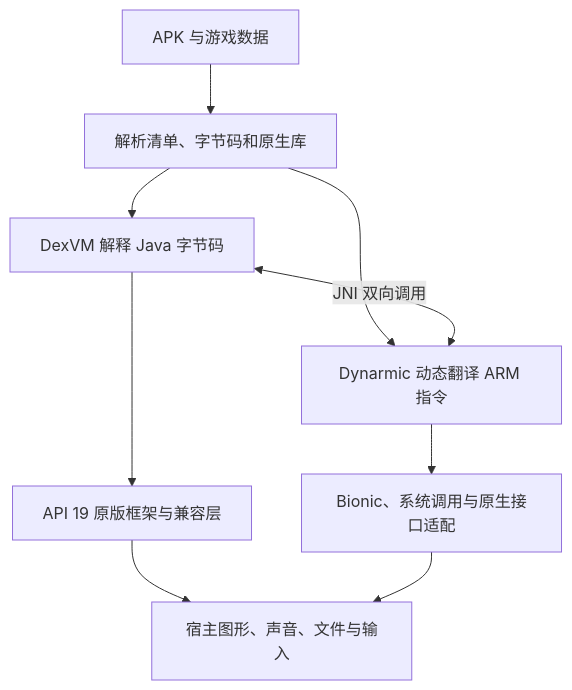
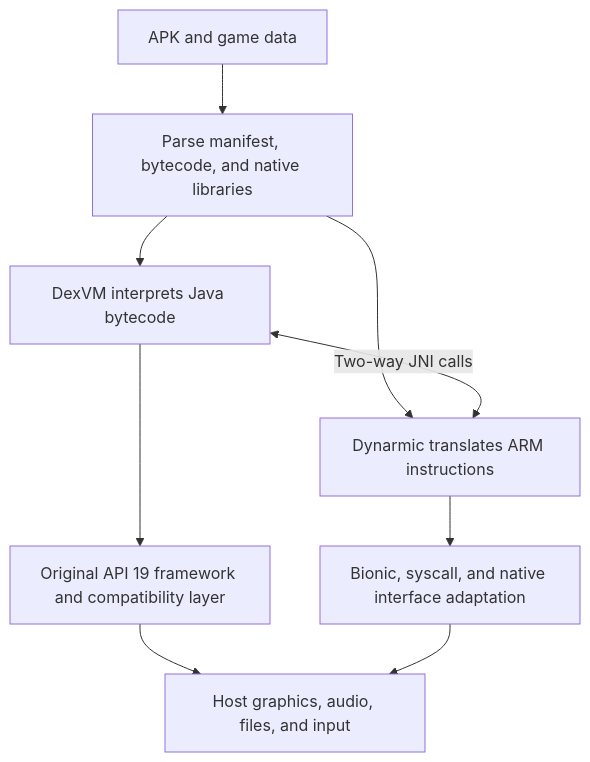
One commit to poping520/OGPlay changed the diagram in README.md. Above: the diagram before and after it, drawn with Mermaid. The commit also changed other lines of this file and 2 other files, not shown here.

````diff
--- a/README.md
+++ b/README.md
@@ -76,11 +78,11 @@
 ```mermaid
 flowchart TD
-    A[APK 与游戏数据] --> B[解析清单、字节码和原生库]
-    B --> C[DexVM 解释 Java 字节码]
-    B --> D[Dynarmic 动态翻译 ARM 指令]
-    C <-->|JNI 双向调用| D
-    C --> E[API 19 原版框架与兼容层]
-    D --> F[Bionic、系统调用与原生接口适配]
-    E --> G[宿主图形、声音、文件与输入]
+    A[APK and game data] --> B[Parse manifest, bytecode, and native libraries]
+    B --> C[DexVM interprets Java bytecode]
+    B --> D[Dynarmic translates ARM instructions]
+    C <-->|Two-way JNI calls| D
+    C --> E[Original API 19 framework and compatibility layer]
+    D --> F[Bionic, syscall, and native interface adaptation]
+    E --> G[Host graphics, audio, files, and input]
     F --> G
 ```
````
